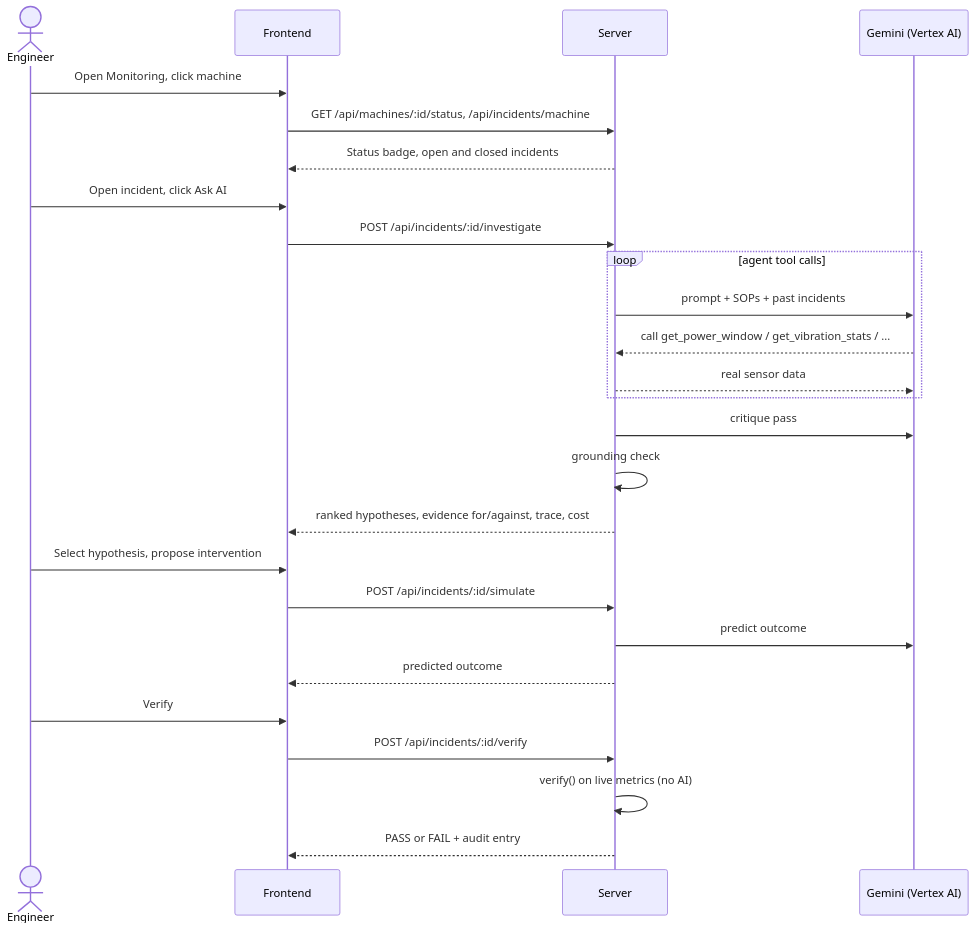
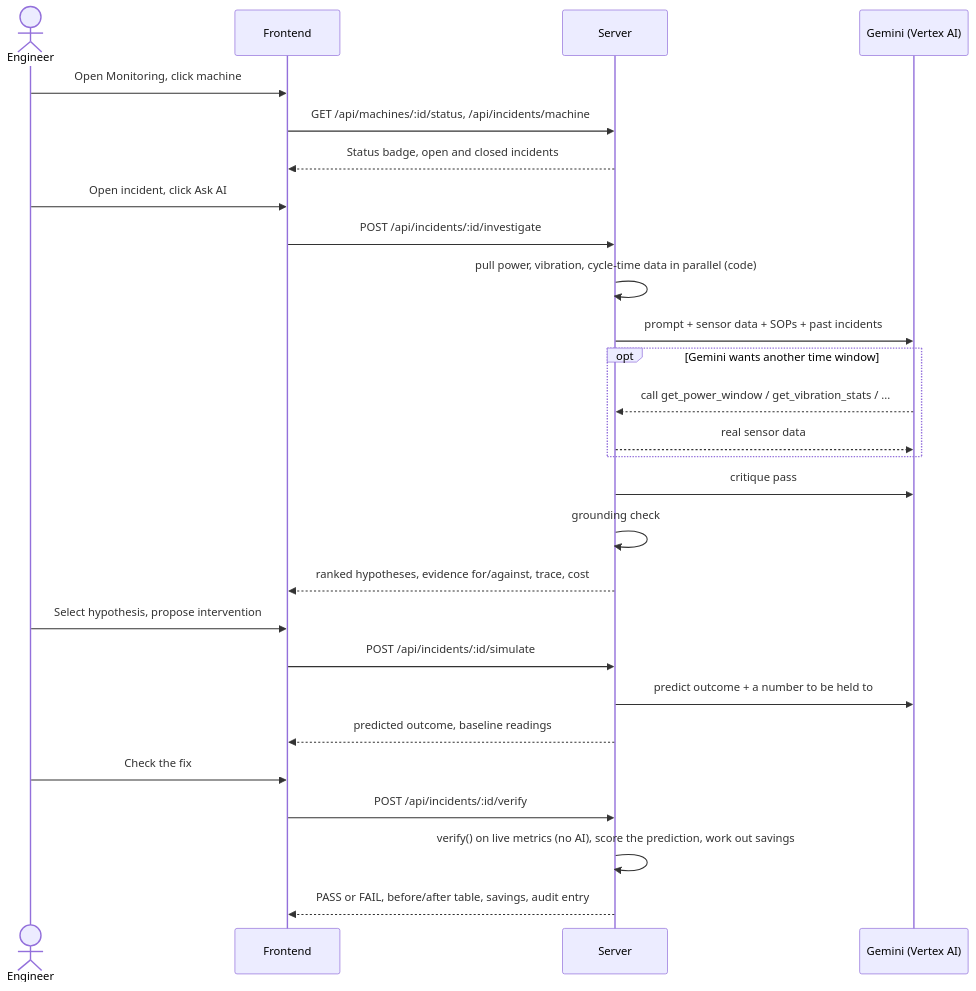
The third of 3 diagrams in README.md (akanthed/AshvaTrace), drawn with Mermaid before and after one commit. The commit also changed other lines of this file and 50 other files, not shown here.

````diff
--- a/README.md
+++ b/README.md
@@ -114,28 +117,29 @@
 ```mermaid
 sequenceDiagram
     actor E as Engineer
     participant UI as Frontend
     participant S as Server
     participant G as Gemini (Vertex AI)
     E->>UI: Open Monitoring, click machine
     UI->>S: GET /api/machines/:id/status, /api/incidents/machine
     S-->>UI: Status badge, open and closed incidents
     E->>UI: Open incident, click Ask AI
     UI->>S: POST /api/incidents/:id/investigate
-    loop agent tool calls
-        S->>G: prompt + SOPs + past incidents
+    S->>S: pull power, vibration, cycle-time data in parallel (code)
+    S->>G: prompt + sensor data + SOPs + past incidents
+    opt Gemini wants another time window
         G-->>S: call get_power_window / get_vibration_stats / ...
         S-->>G: real sensor data
     end
     S->>G: critique pass
     S->>S: grounding check
     S-->>UI: ranked hypotheses, evidence for/against, trace, cost
     E->>UI: Select hypothesis, propose intervention
     UI->>S: POST /api/incidents/:id/simulate
-    S->>G: predict outcome
-    S-->>UI: predicted outcome
-    E->>UI: Verify
+    S->>G: predict outcome + a number to be held to
+    S-->>UI: predicted outcome, baseline readings
+    E->>UI: Check the fix
     UI->>S: POST /api/incidents/:id/verify
-    S->>S: verify() on live metrics (no AI)
-    S-->>UI: PASS or FAIL + audit entry
+    S->>S: verify() on live metrics (no AI), score the prediction, work out savings
+    S-->>UI: PASS or FAIL, before/after table, savings, audit entry
 ```
````
